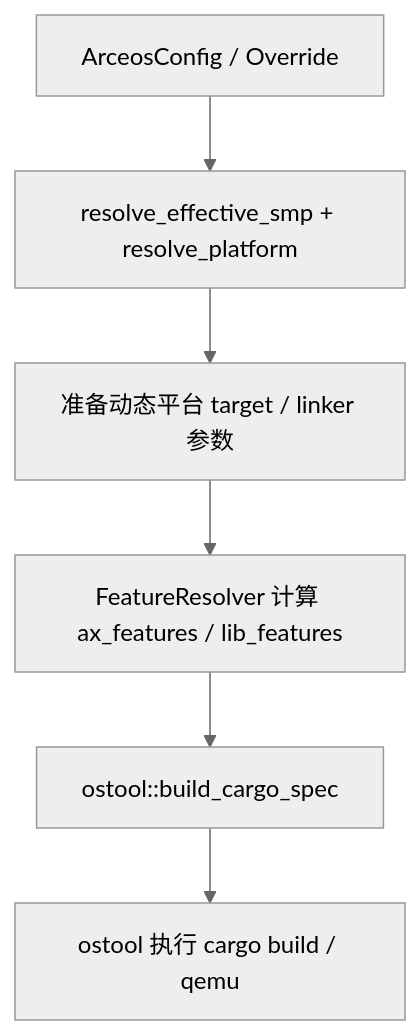
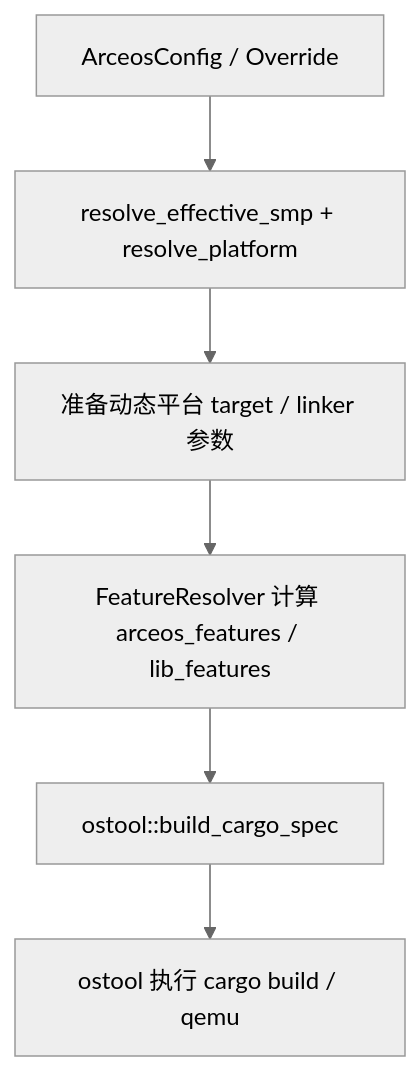
One commit to rcore-os/tgoskits changed the first of 2 diagrams in docs/docs/components/crates/axbuild.md. Above: the diagram before and after it, drawn with Mermaid (neutral theme). The commit also changed other lines of this file and 189 other files, not shown here.

````diff
--- a/docs/docs/components/crates/axbuild.md
+++ b/docs/docs/components/crates/axbuild.md
@@ -24,8 +24,8 @@
 ```mermaid
 flowchart TD
     A["ArceosConfig / Override"] --> B["resolve_effective_smp + resolve_platform"]
     B --> C["准备动态平台 target / linker 参数"]
-    C --> D["FeatureResolver 计算 ax_features / lib_features"]
+    C --> D["FeatureResolver 计算 arceos_features / lib_features"]
     D --> E["ostool::build_cargo_spec"]
     E --> F["ostool 执行 cargo build / qemu"]
 ```
````
